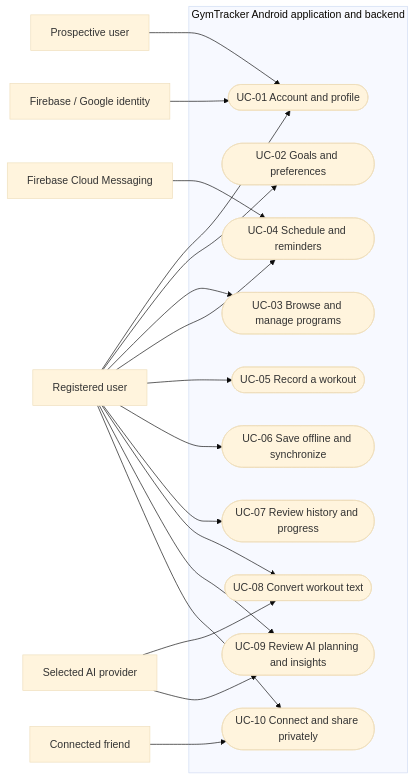
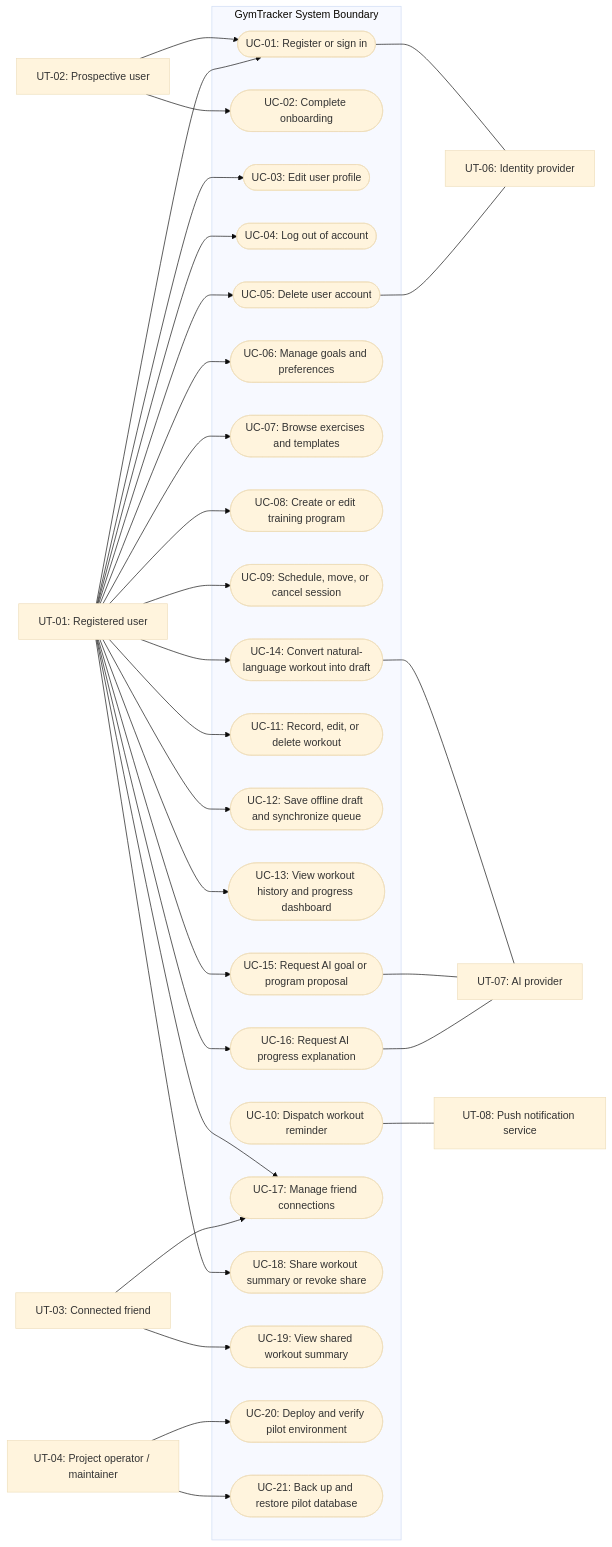
One commit to kececi24/GymTracker changed the first of 7 diagrams in docs/Requirements_Specification.md. Above: the diagram before and after it, drawn with Mermaid (base theme). The commit also changed other lines of this file, not shown here.

````diff
--- a/docs/Requirements_Specification.md
+++ b/docs/Requirements_Specification.md
@@ -214,39 +369,68 @@
 ```mermaid
 flowchart LR
-    Prospective["Prospective user"]
-    User["Registered user"]
-    Friend["Connected friend"]
-    Identity["Firebase / Google identity"]
-    AI["Selected AI provider"]
-    FCM["Firebase Cloud Messaging"]
+    UT02["UT-02: Prospective user"]
+    UT01["UT-01: Registered user"]
+    UT03["UT-03: Connected friend"]
+    UT04["UT-04: Project operator / maintainer"]
 
-    subgraph App["GymTracker Android application and backend"]
-        U1(["UC-01 Account and profile"])
-        U2(["UC-02 Goals and preferences"])
-        U3(["UC-03 Browse and manage programs"])
-        U4(["UC-04 Schedule and reminders"])
-        U5(["UC-05 Record a workout"])
-        U6(["UC-06 Save offline and synchronize"])
-        U7(["UC-07 Review history and progress"])
-        U8(["UC-08 Convert workout text"])
-        U9(["UC-09 Review AI planning and insights"])
-        U10(["UC-10 Connect and share privately"])
+    subgraph System["GymTracker System Boundary"]
+        UC01(["UC-01: Register or sign in"])
+        UC02(["UC-02: Complete onboarding"])
+        UC03(["UC-03: Edit user profile"])
+        UC04(["UC-04: Log out of account"])
+        UC05(["UC-05: Delete user account"])
+        UC06(["UC-06: Manage goals and preferences"])
+        UC07(["UC-07: Browse exercises and templates"])
+        UC08(["UC-08: Create or edit training program"])
+        UC09(["UC-09: Schedule, move, or cancel session"])
+        UC10(["UC-10: Dispatch workout reminder"])
+        UC11(["UC-11: Record, edit, or delete workout"])
+        UC12(["UC-12: Save offline draft and synchronize queue"])
+        UC13(["UC-13: View workout history and progress dashboard"])
+        UC14(["UC-14: Convert natural-language workout into draft"])
+        UC15(["UC-15: Request AI goal or program proposal"])
+        UC16(["UC-16: Request AI progress explanation"])
+        UC17(["UC-17: Manage friend connections"])
+        UC18(["UC-18: Share workout summary or revoke share"])
+        UC19(["UC-19: View shared workout summary"])
+        UC20(["UC-20: Deploy and verify pilot environment"])
+        UC21(["UC-21: Back up and restore pilot database"])
     end
 
-    Prospective --> U1
-    User --> U1
-    User --> U2
-    User --> U3
-    User --> U4
-    User --> U5
-    User --> U6
-    User --> U7
-    User --> U8
-    User --> U9
-    User --> U10
-    Friend --> U10
-    Identity --> U1
-    AI --> U8
-    AI --> U9
-    FCM --> U4
+    UT06["UT-06: Identity provider"]
+    UT07["UT-07: AI provider"]
+    UT08["UT-08: Push notification service"]
+
+    UT02 --> UC01
+    UT02 --> UC02
+
+    UT01 --> UC01
+    UT01 --> UC03
+    UT01 --> UC04
+    UT01 --> UC05
+    UT01 --> UC06
+    UT01 --> UC07
+    UT01 --> UC08
+    UT01 --> UC09
+    UT01 --> UC11
+    UT01 --> UC12
+    UT01 --> UC13
+    UT01 --> UC14
+    UT01 --> UC15
+    UT01 --> UC16
+    UT01 --> UC17
+    UT01 --> UC18
+
+    UT03 --> UC17
+    UT03 --> UC19
+
+    UT04 --> UC20
+    UT04 --> UC21
+
+    UC01 --- UT06
+    UC05 --- UT06
+    UC10 --- UT08
+    UC14 --- UT07
+    UC15 --- UT07
+    UC16 --- UT07
 ```
````
